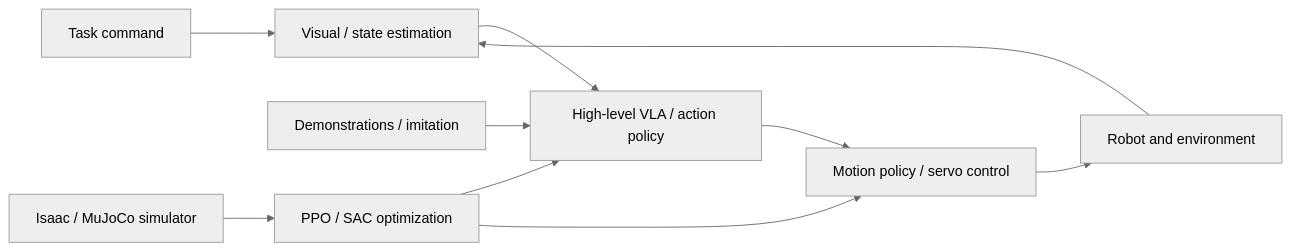
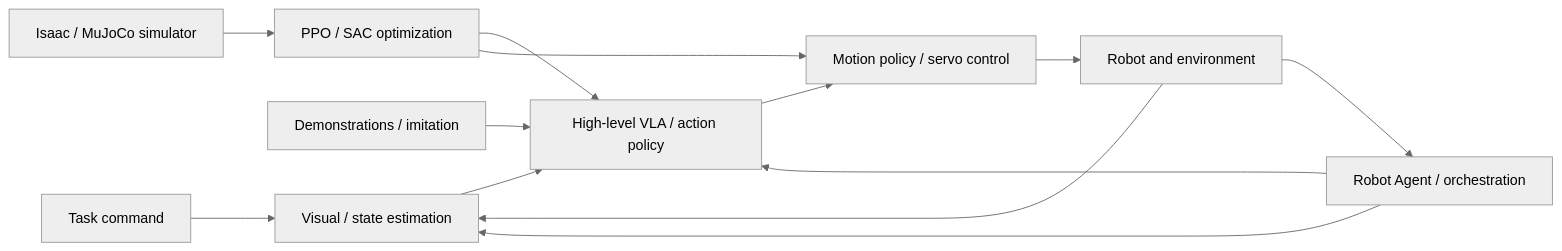
Before and after one commit to zengxiong111/Foundation_of_Embodied_AI: the diagram in syllabus/COURSE_MAP_EN.md, drawn with Mermaid (neutral theme). The commit also changed other lines of this file and 57 other files, not shown here.

First line of the commit message:
Expand imitation and vision tutorials, add Robot Agent chapter, remove duplicated explanations (#3)

````diff
--- a/syllabus/COURSE_MAP_EN.md
+++ b/syllabus/COURSE_MAP_EN.md
@@ -17,12 +18,15 @@
 ```mermaid
 flowchart LR
  A["Task command"] --> B["Visual / state estimation"]
  B --> C["High-level VLA / action policy"]
  C --> D["Motion policy / servo control"]
  D --> E["Robot and environment"]
  E --> B
  F["Demonstrations / imitation"] --> C
  G["Isaac / MuJoCo simulator"] --> H["PPO / SAC optimization"]
  H --> C
  H --> D
+ X["Robot Agent / orchestration"] --> B
+ X --> C
+ E --> X
 ```
````
